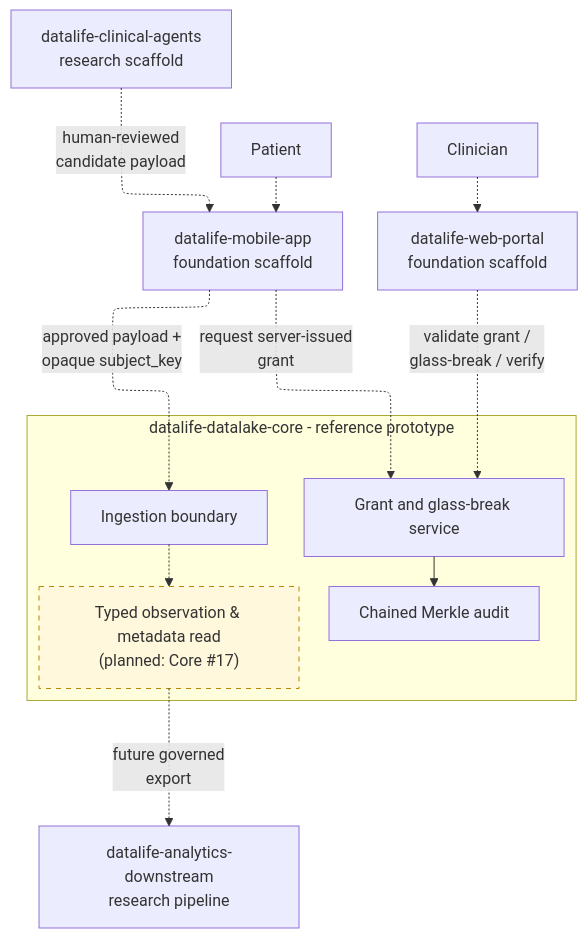
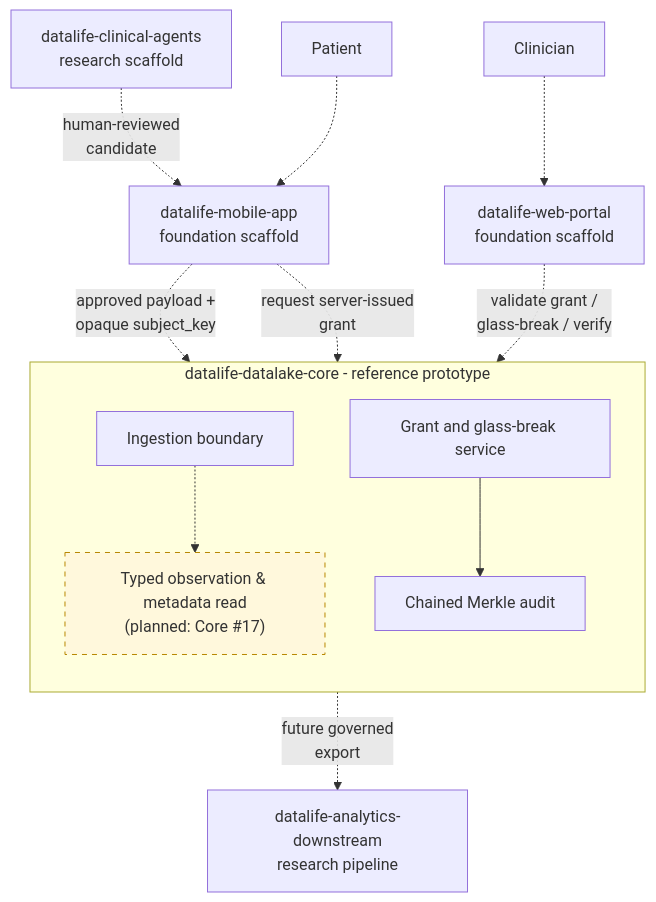
One commit to datalife-ehealth/.github changed the diagram in profile/README.md. Above: the diagram before and after it, drawn with Mermaid.

Commit message:
docs(profile): simplify Mermaid architecture diagram

````diff
--- a/profile/README.md
+++ b/profile/README.md
@@ -51,27 +51,33 @@
 ```mermaid
-%%{init: {"flowchart": {"defaultRenderer": "elk", "diagramPadding": 16, "nodeSpacing": 28, "rankSpacing": 32}}}%%
 flowchart TB
-    Patient[Patient] -.-> Mobile["datalife-mobile-app<br/>foundation scaffold"]
-    Clinician[Clinician] -.-> Web["datalife-web-portal<br/>foundation scaffold"]
+    Agents["datalife-clinical-agents<br/>research scaffold"]
+    Patient[Patient]
+    Clinician[Clinician]
+
+    Mobile["datalife-mobile-app<br/>foundation scaffold"]
+    Web["datalife-web-portal<br/>foundation scaffold"]
+
+    Agents -.->|"human-reviewed<br/>candidate"| Mobile
+    Patient -.-> Mobile
+    Clinician -.-> Web
 
     subgraph CoreRepo["datalife-datalake-core - reference prototype"]
+        direction TB
         Ingest[Ingestion boundary]
         ObsStore["Typed observation & metadata read<br/>(planned: Core #17)"]
         Grants[Grant and glass-break service]
         Audit[Chained Merkle audit]
         Ingest -.-> ObsStore
         Grants --> Audit
     end
 
-    Mobile -. "approved payload +<br/>opaque subject_key" .-> Ingest
-    Mobile -. "request server-issued<br/>grant" .-> Grants
-    Web -. "validate grant /<br/>glass-break / verify" .-> Grants
+    Mobile -.->|"approved payload +<br/>opaque subject_key"| Ingest
+    Mobile -.->|"request server-issued<br/>grant"| Grants
+    Web -.->|"validate grant /<br/>glass-break / verify"| Grants
 
-    Agents["datalife-clinical-agents<br/>research scaffold"]
     Analytics["datalife-analytics-downstream<br/>research pipeline"]
-    Agents -. "human-reviewed<br/>candidate payload" .-> Mobile
-    ObsStore -. "future governed<br/>export" .-> Analytics
+    ObsStore -.->|"future governed<br/>export"| Analytics
 
     classDef planned fill:#fff8dc,stroke:#b88700,stroke-dasharray: 5 5;
     class ObsStore planned;
 ```
````
